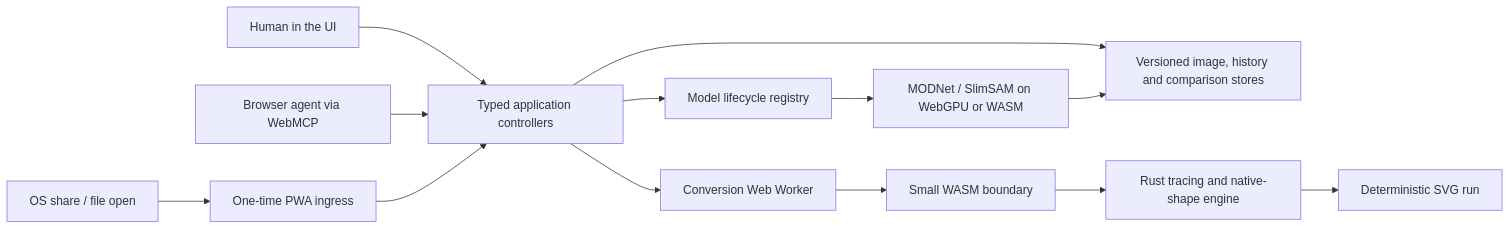
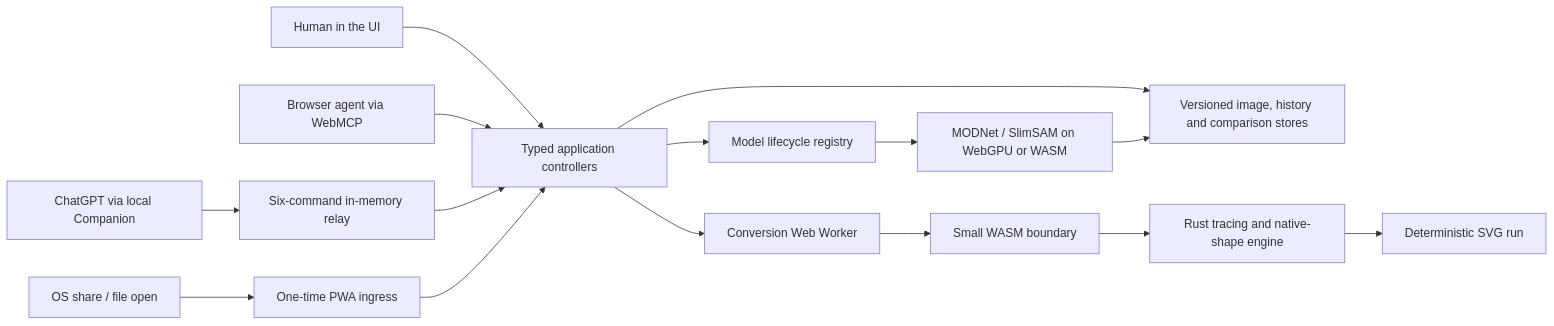
The diagram in docs/ARCHITECTURE.md (MarvKalani/img2svg-studio), drawn with Mermaid before and after one commit. The commit also changed other lines of this file and 26 other files, not shown here.

First line of the commit message:
feat(MCP-05): bridge ChatGPT to visible Studio

````diff
--- a/docs/ARCHITECTURE.md
+++ b/docs/ARCHITECTURE.md
@@ -10,15 +10,17 @@
 ```mermaid
 flowchart LR
   Human["Human in the UI"] --> Controllers["Typed application controllers"]
   Agent["Browser agent via WebMCP"] --> Controllers
+  ChatGPT["ChatGPT via local Companion"] --> Relay["Six-command in-memory relay"]
+  Relay --> Controllers
   OS["OS share / file open"] --> PWA["One-time PWA ingress"]
   PWA --> Controllers
   Controllers --> Workspace["Versioned image, history and comparison stores"]
   Controllers --> Worker["Conversion Web Worker"]
   Worker --> Wasm["Small WASM boundary"]
   Wasm --> Engine["Rust tracing and native-shape engine"]
   Controllers --> Models["Model lifecycle registry"]
   Models --> LocalAI["MODNet / SlimSAM on WebGPU or WASM"]
   Engine --> SVG["Deterministic SVG run"]
   LocalAI --> Workspace
 ```
````
